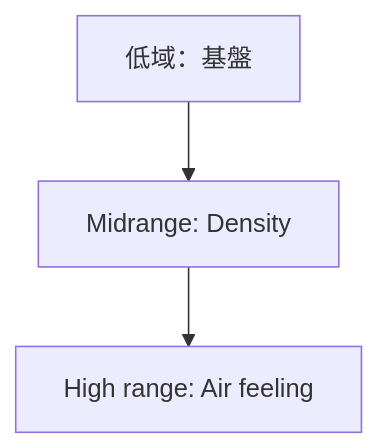
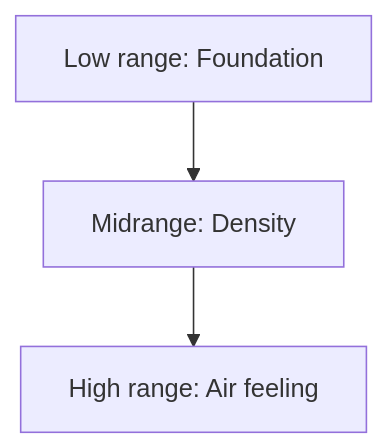
One commit to monumental-movement/monumental-movement.github.io changed the second of 4 diagrams in en/_posts/2025-12-18-column-ambient-drone-textural-drone.md. Above: the diagram before and after it, drawn with Mermaid. The commit also changed other lines of this file and 422 other files, not shown here.

```diff
--- a/en/_posts/2025-12-18-column-ambient-drone-textural-drone.md
+++ b/en/_posts/2025-12-18-column-ambient-drone-textural-drone.md
@@ -115,5 +115,5 @@
 <div class="mermaid">
 flowchart TB
-    L["低域：基盤"] --> M["Midrange: Density"]
+    L["Low range: Foundation"] --> M["Midrange: Density"]
     M --> H["High range: Air feeling"]
 </div>
```
